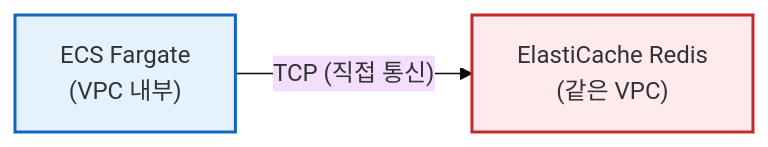
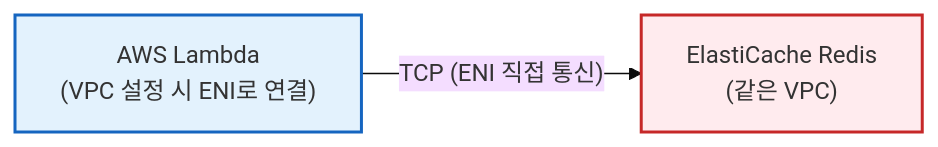
Diagram 20 of 20 in content/post/Network/bullmq-cloud-run-vpc-idle-timeout.md (yumin00/blog), drawn with Mermaid (base theme) before and after one commit. The commit also changed other lines of this file, not shown here.

````diff
--- a/content/post/Network/bullmq-cloud-run-vpc-idle-timeout.md
+++ b/content/post/Network/bullmq-cloud-run-vpc-idle-timeout.md
@@ -674,7 +680,7 @@
 ```mermaid
 flowchart LR
-    Fargate["ECS Fargate<br/>(VPC 내부)"] -->|"TCP (직접 통신)"| Redis_AWS["ElastiCache Redis<br/>(같은 VPC)"]
+    Lambda["AWS Lambda<br/>(VPC 설정 시 ENI로 연결)"] -->|"TCP (ENI 직접 통신)"| Redis_AWS["ElastiCache Redis<br/>(같은 VPC)"]
 
-    style Fargate fill:#e3f2fd,stroke:#1565c0,stroke-width:2px
+    style Lambda fill:#e3f2fd,stroke:#1565c0,stroke-width:2px
     style Redis_AWS fill:#ffebee,stroke:#c62828,stroke-width:2px
 ```
````
